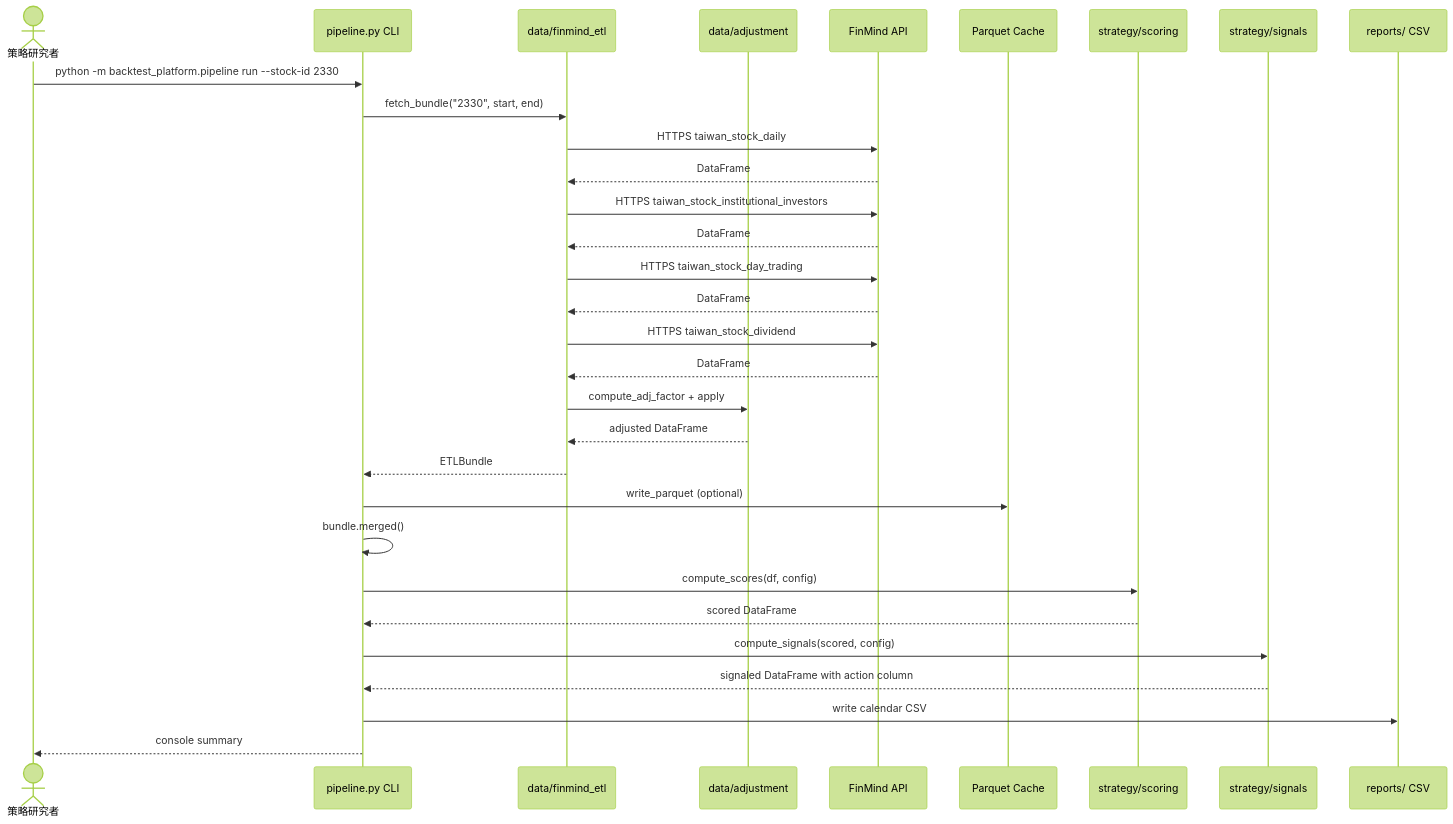
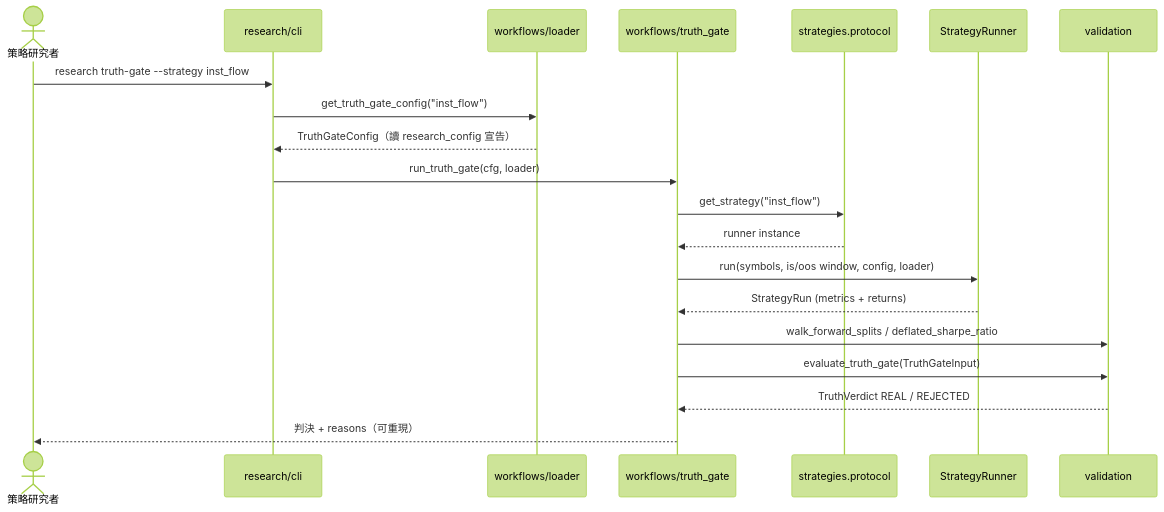
Before and after one commit to Zenobia000/Quantitative_Trading: the sixth of 7 diagrams in dev_docs/05_architecture_and_design_document.md, drawn with Mermaid (forest theme). The commit also changed other lines of this file and 51 other files, not shown here.

````diff
--- a/dev_docs/05_architecture_and_design_document.md
+++ b/dev_docs/05_architecture_and_design_document.md
@@ -591,34 +332,23 @@
 ```mermaid
 sequenceDiagram
     actor User as 策略研究者
-    participant CLI as pipeline.py CLI
-    participant ETL as data/finmind_etl
-    participant Adj as data/adjustment
-    participant FM as FinMind API
-    participant Parquet as Parquet Cache
-    participant Score as strategy/scoring
-    participant Sig as strategy/signals
-    participant FS as reports/ CSV
+    participant CLI as research/cli
+    participant Loader as workflows/loader
+    participant WF as workflows/truth_gate
+    participant Reg as strategies.protocol
+    participant Runner as StrategyRunner
+    participant Val as validation
 
-    User->>CLI: python -m backtest_platform.pipeline run --stock-id 2330
-    CLI->>ETL: fetch_bundle("2330", start, end)
-    ETL->>FM: HTTPS taiwan_stock_daily
-    FM-->>ETL: DataFrame
-    ETL->>FM: HTTPS taiwan_stock_institutional_investors
-    FM-->>ETL: DataFrame
-    ETL->>FM: HTTPS taiwan_stock_day_trading
-    FM-->>ETL: DataFrame
-    ETL->>FM: HTTPS taiwan_stock_dividend
-    FM-->>ETL: DataFrame
-    ETL->>Adj: compute_adj_factor + apply
-    Adj-->>ETL: adjusted DataFrame
-    ETL-->>CLI: ETLBundle
-    CLI->>Parquet: write_parquet (optional)
-    CLI->>CLI: bundle.merged()
-    CLI->>Score: compute_scores(df, config)
-    Score-->>CLI: scored DataFrame
-    CLI->>Sig: compute_signals(scored, config)
-    Sig-->>CLI: signaled DataFrame with action column
-    CLI->>FS: write calendar CSV
-    CLI-->>User: console summary
+    User->>CLI: research truth-gate --strategy inst_flow
+    CLI->>Loader: get_truth_gate_config("inst_flow")
+    Loader-->>CLI: TruthGateConfig（讀 research_config 宣告）
+    CLI->>WF: run_truth_gate(cfg, loader)
+    WF->>Reg: get_strategy("inst_flow")
+    Reg-->>WF: runner instance
+    WF->>Runner: run(symbols, is/oos window, config, loader)
+    Runner-->>WF: StrategyRun (metrics + returns)
+    WF->>Val: walk_forward_splits / deflated_sharpe_ratio
+    WF->>Val: evaluate_truth_gate(TruthGateInput)
+    Val-->>WF: TruthVerdict REAL / REJECTED
+    WF-->>User: 判決 + reasons（可重現）
 ```
````
